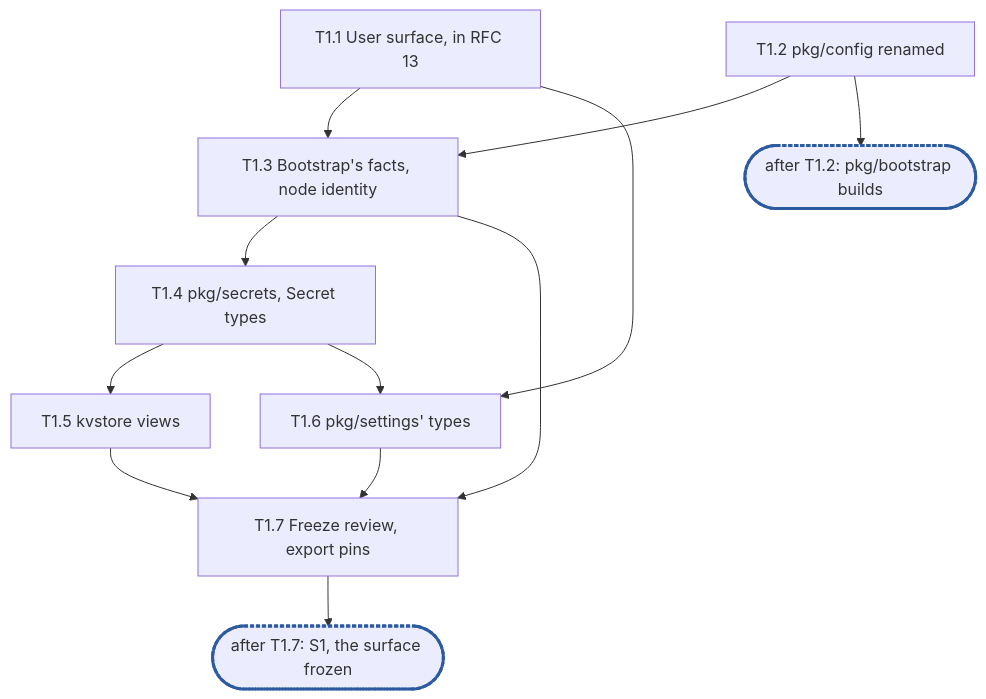
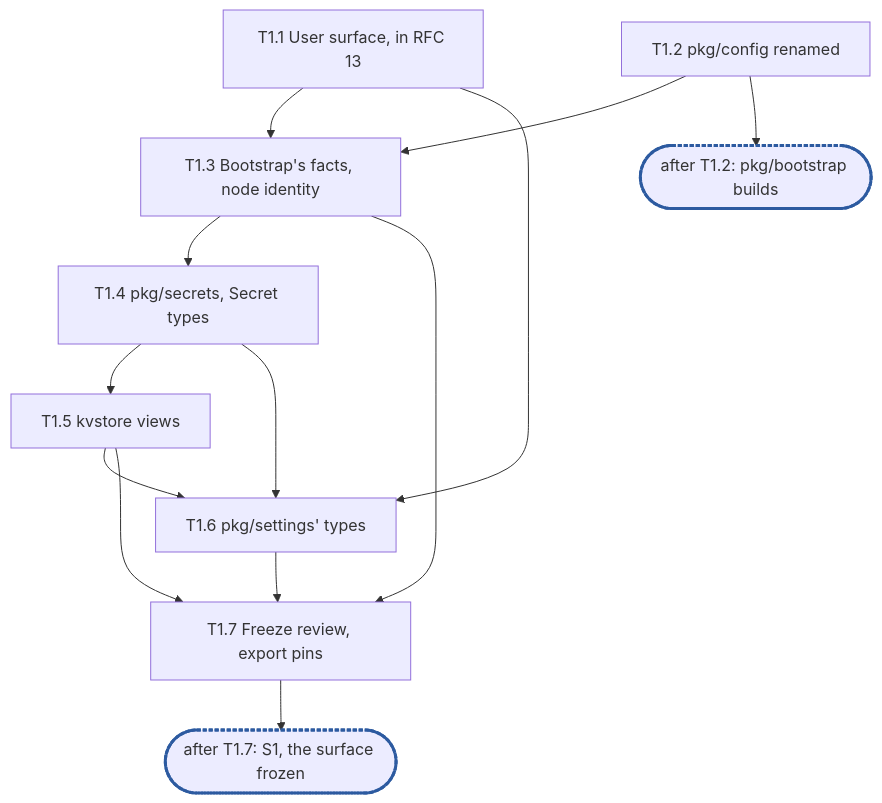
One commit to cubbit/dittofs changed the diagram in docs/internals/planning/rfc-13-config-epic1.md. Above: the diagram before and after it, drawn with Mermaid. The commit also changed other lines of this file and 1 other file, not shown here.

````diff
--- a/docs/internals/planning/rfc-13-config-epic1.md
+++ b/docs/internals/planning/rfc-13-config-epic1.md
@@ -502,13 +590,14 @@
 ```mermaid
 flowchart TD
   T1_1["T1.1 User surface, in RFC 13"] --> T1_3["T1.3 Bootstrap's facts, node identity"]
   T1_2["T1.2 pkg/config renamed"] --> T1_3
   T1_3 --> T1_4["T1.4 pkg/secrets, Secret types"]
   T1_4 --> T1_5["T1.5 kvstore views"]
   T1_1 --> T1_6["T1.6 pkg/settings' types"]
   T1_4 --> T1_6
+  T1_5 --> T1_6
   T1_3 & T1_5 & T1_6 --> T1_7["T1.7 Freeze review, export pins"]
   T1_7 --> S1(["after T1.7: S1, the surface frozen"]):::sync
   T1_2 --> C1(["after T1.2: pkg/bootstrap builds"]):::sync
   classDef sync stroke:#2c5aa0,stroke-width:3px,stroke-dasharray:4 2
 ```
````
